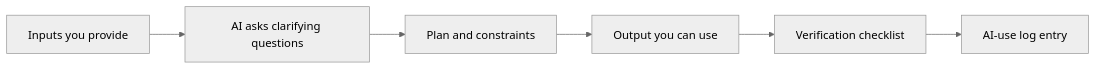
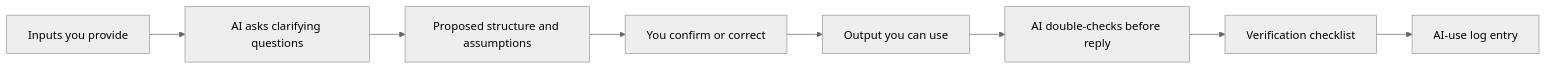
One commit to SuperJayLiu/AI-for-Economics-and-Finance-Research changed the first of 3 diagrams in 02-Copy-and-Use-AI-Research-Instructions-and-Templates/README.md. Above: the diagram before and after it, drawn with Mermaid (neutral theme). The commit also changed other lines of this file and 19 other files, not shown here.

````diff
--- a/02-Copy-and-Use-AI-Research-Instructions-and-Templates/README.md
+++ b/02-Copy-and-Use-AI-Research-Instructions-and-Templates/README.md
@@ -58,8 +80,10 @@
 ```mermaid
 flowchart LR
   I["Inputs you provide"] --> A["AI asks clarifying questions"]
-  A --> P["Plan and constraints"]
-  P --> O["Output you can use"]
-  O --> V["Verification checklist"]
+  A --> P["Proposed structure and assumptions"]
+  P --> C["You confirm or correct"]
+  C --> O["Output you can use"]
+  O --> D["AI double-checks before reply"]
+  D --> V["Verification checklist"]
   V --> L["AI-use log entry"]
 ```
````
